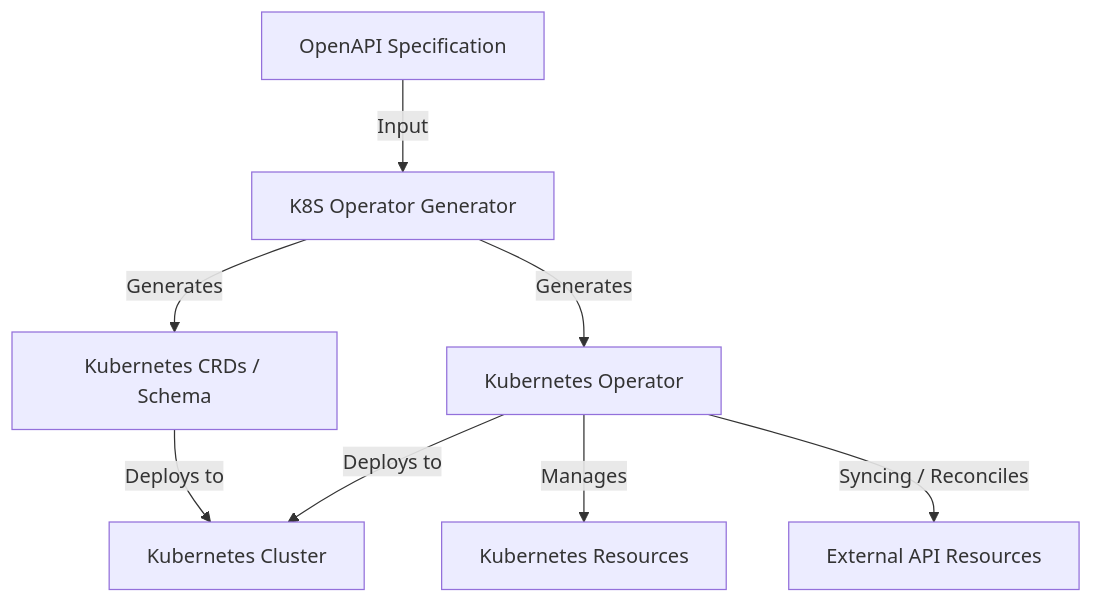
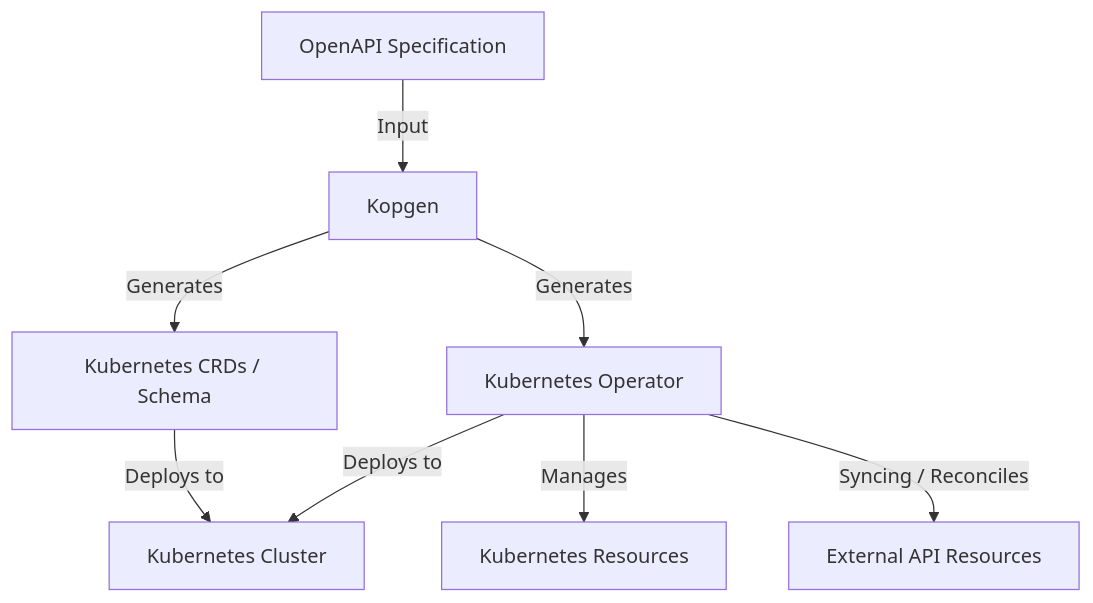
Before and after one commit to edenreich/k8s-operator-generator: the diagram in docs/src/introduction.md, drawn with Mermaid.

Commit message:
docs: Update introduction diagram to reflect project name change to Kopgen

````diff
--- a/docs/src/introduction.md
+++ b/docs/src/introduction.md
@@ -17,10 +17,10 @@
 ```mermaid
 graph TD
-    A[OpenAPI Specification] -->|Input| B[K8S Operator Generator]
+    A[OpenAPI Specification] -->|Input| B[Kopgen]
     B -->|Generates| C[Kubernetes CRDs / Schema]
     B -->|Generates| D[Kubernetes Operator]
     C -->|Deploys to| E[Kubernetes Cluster]
     D -->|Deploys to| E[Kubernetes Cluster]
     D -->|Manages| F[Kubernetes Resources]
     D -->|Syncing / Reconciles| G[External API Resources]
 ```
````
